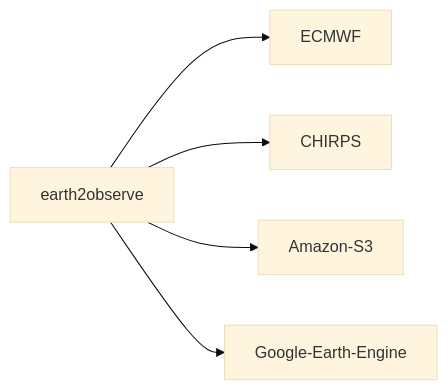
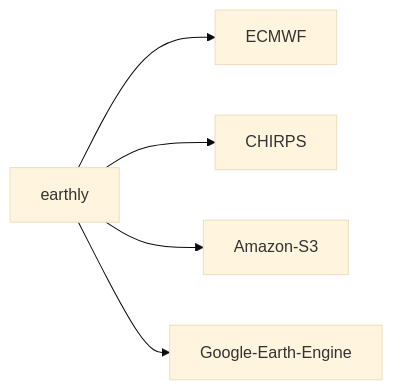
One commit to serapeum-org/earthly changed the diagram in docs/index.md. Above: the diagram before and after it, drawn with Mermaid (base theme). The commit also changed other lines of this file and 99 other files, not shown here.

````diff
--- a/docs/index.md
+++ b/docs/index.md
@@ -20,7 +20,7 @@
 ```mermaid
 graph LR
-    earth2observe --> ECMWF
-    earth2observe --> CHIRPS
-    earth2observe --> Amazon-S3
-    earth2observe --> Google-Earth-Engine
+    earthly --> ECMWF
+    earthly --> CHIRPS
+    earthly --> Amazon-S3
+    earthly --> Google-Earth-Engine
 ```
````
